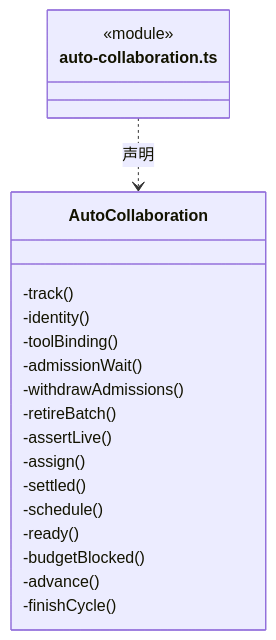
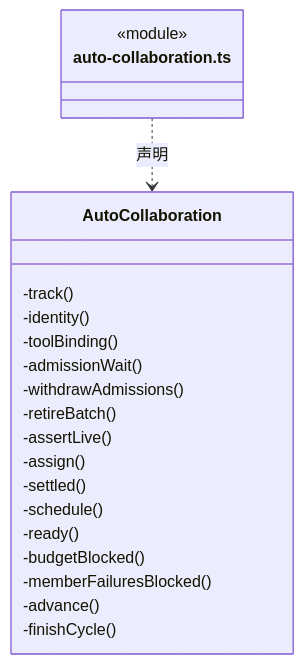
Before and after one commit to nan023062/cbim: the fourth of 15 diagrams in src/backend/scheduler-engine/dispatch/ARCHITECTURE.md, drawn with Mermaid. The commit also changed other lines of this file and 9 other files, not shown here.

Commit message:
fix: stop automatic collaboration after repeated member failures

````diff
--- a/src/backend/scheduler-engine/dispatch/ARCHITECTURE.md
+++ b/src/backend/scheduler-engine/dispatch/ARCHITECTURE.md
@@ -144,23 +145,24 @@
 ```mermaid
 classDiagram
 class N_src_backend_scheduler_engine_dispatch_auto_collaboration_ts["auto-collaboration.ts"] {
   <<module>>
 }
 class N_src_backend_scheduler_engine_dispatch_auto_collaboration_ts_AutoCollaboration["AutoCollaboration"] {
   -track()
   -identity()
   -toolBinding()
   -admissionWait()
   -withdrawAdmissions()
   -retireBatch()
   -assertLive()
   -assign()
   -settled()
   -schedule()
   -ready()
   -budgetBlocked()
+  -memberFailuresBlocked()
   -advance()
   -finishCycle()
 }
 N_src_backend_scheduler_engine_dispatch_auto_collaboration_ts ..> N_src_backend_scheduler_engine_dispatch_auto_collaboration_ts_AutoCollaboration : 声明
 ```
````
